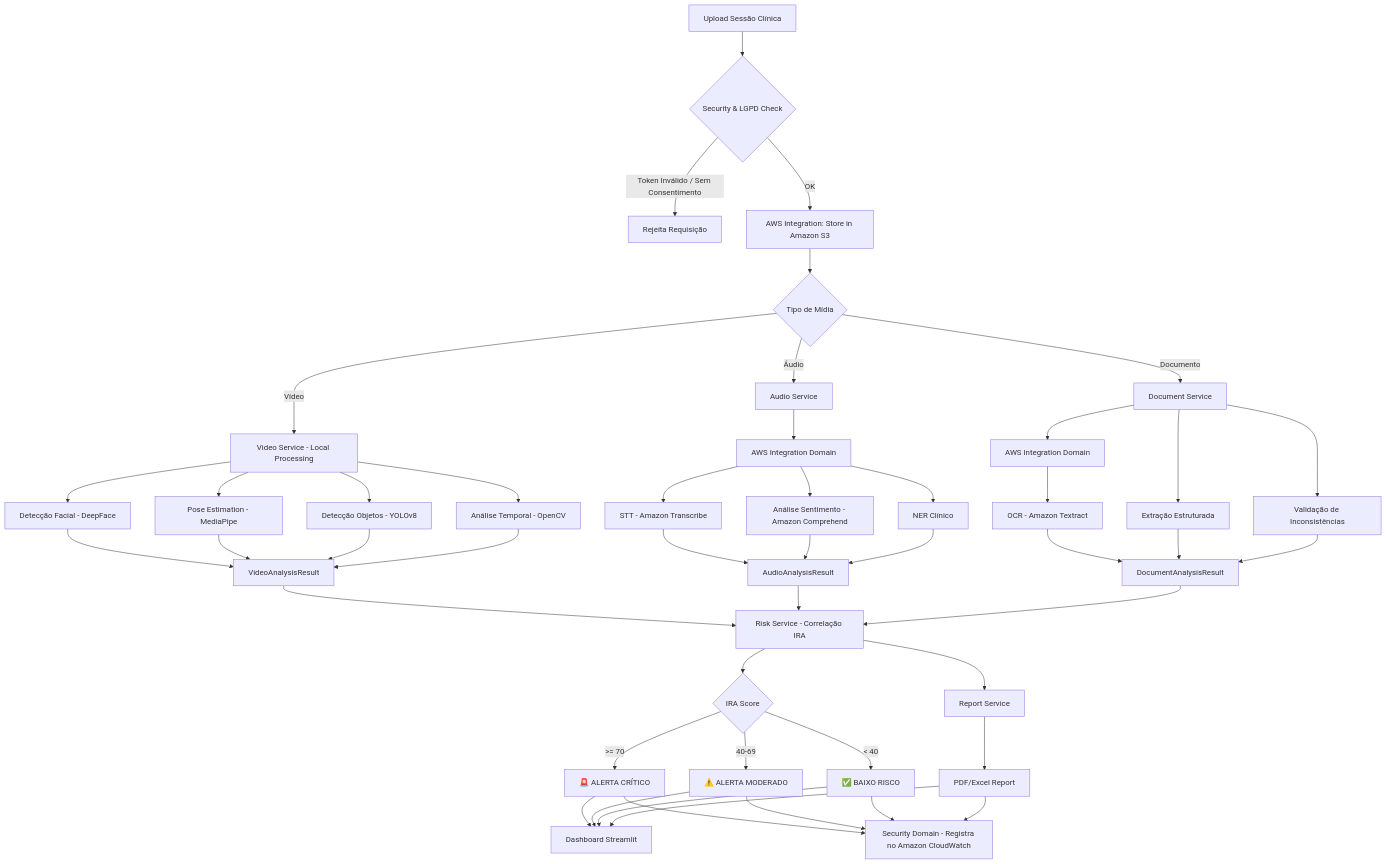
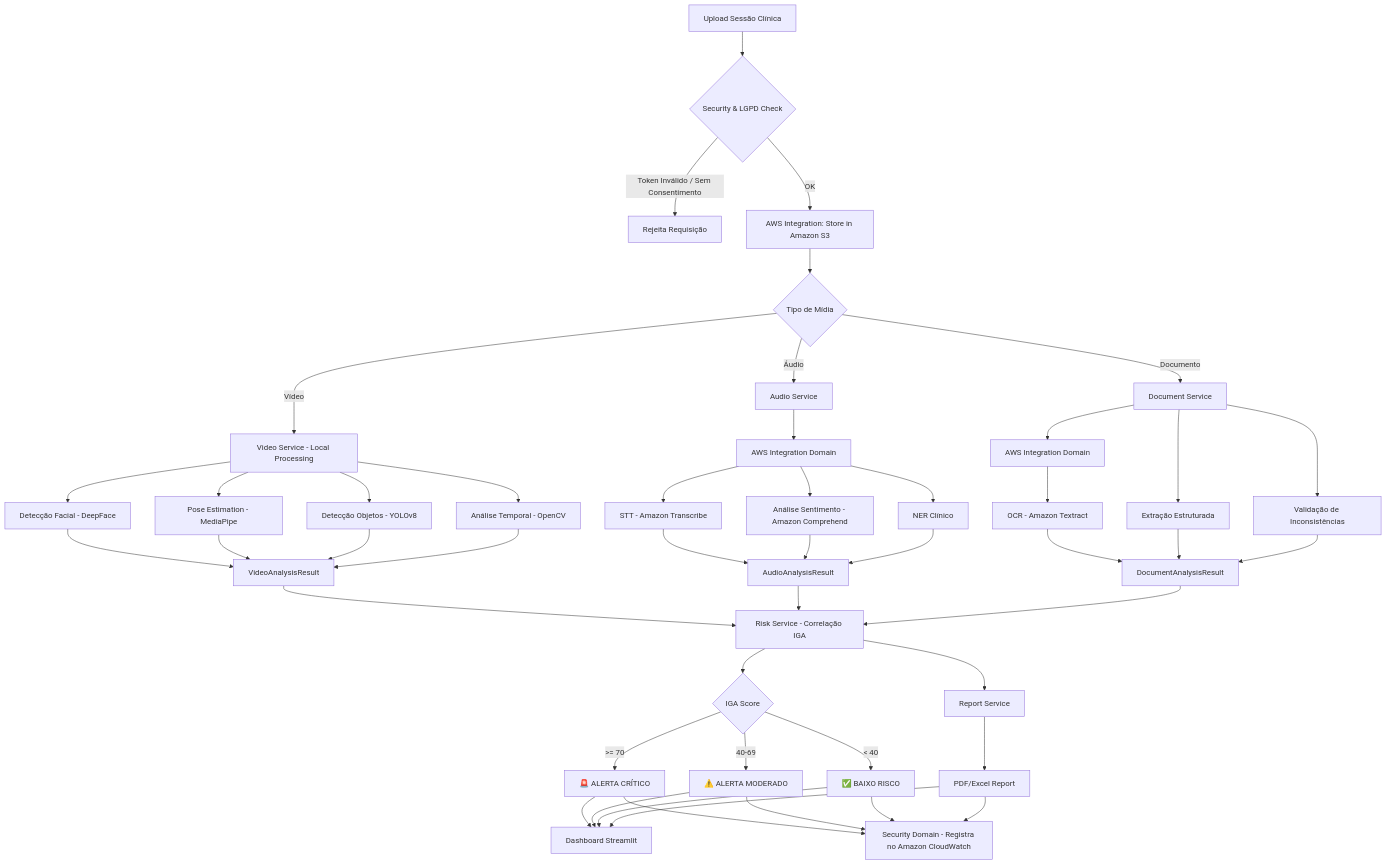
One commit to Wallace82/guardia-parto-seguro changed the fifth of 6 diagrams in docs/ARCHITECTURE.md. Above: the diagram before and after it, drawn with Mermaid. The commit also changed other lines of this file and 22 other files, not shown here.

Commit message:
feat: implement report generation page and add project documentation architecture

````diff
--- a/docs/ARCHITECTURE.md
+++ b/docs/ARCHITECTURE.md
@@ -209,43 +209,43 @@
 ```mermaid
 flowchart TD
     A[Upload Sessão Clínica] --> SEC{Security & LGPD Check}
     SEC -->|Token Inválido / Sem Consentimento| REJ[Rejeita Requisição]
     SEC -->|OK| C_STORE[AWS Integration: Store in Amazon S3]
     
     C_STORE --> B{Tipo de Mídia}
     B -->|Vídeo| C[Video Service - Local Processing]
     B -->|Áudio| D[Audio Service]
     B -->|Documento| E[Document Service]
 
     C --> C1[Detecção Facial - DeepFace]
     C --> C2[Pose Estimation - MediaPipe]
     C --> C3[Detecção Objetos - YOLOv8]
     C --> C4[Análise Temporal - OpenCV]
 
     D --> D_CLOUD[AWS Integration Domain]
     D_CLOUD --> D1[STT - Amazon Transcribe]
     D_CLOUD --> D2[Análise Sentimento - Amazon Comprehend]
     D_CLOUD --> D3[NER Clínico]
 
     E --> E_CLOUD[AWS Integration Domain]
     E_CLOUD --> E1[OCR - Amazon Textract]
     E --> E2[Extração Estruturada]
     E --> E3[Validação de Inconsistências]
 
     C1 & C2 & C3 & C4 --> F[VideoAnalysisResult]
     D1 & D2 & D3 --> G[AudioAnalysisResult]
     E1 & E2 & E3 --> H[DocumentAnalysisResult]
 
-    F & G & H --> I[Risk Service - Correlação IRA]
-    I --> J{IRA Score}
+    F & G & H --> I[Risk Service - Correlação IGA]
+    I --> J{IGA Score}
     J -->|>= 70| K[🚨 ALERTA CRÍTICO]
     J -->|40-69| L[⚠️ ALERTA MODERADO]
     J -->|< 40| M[✅ BAIXO RISCO]
 
     I --> N[Report Service]
     N --> O[PDF/Excel Report]
     K & L & M --> P[Dashboard Streamlit]
     O --> P
     
     K & L & M & O --> AUDIT[Security Domain - Registra no Amazon CloudWatch]
 ```
````
